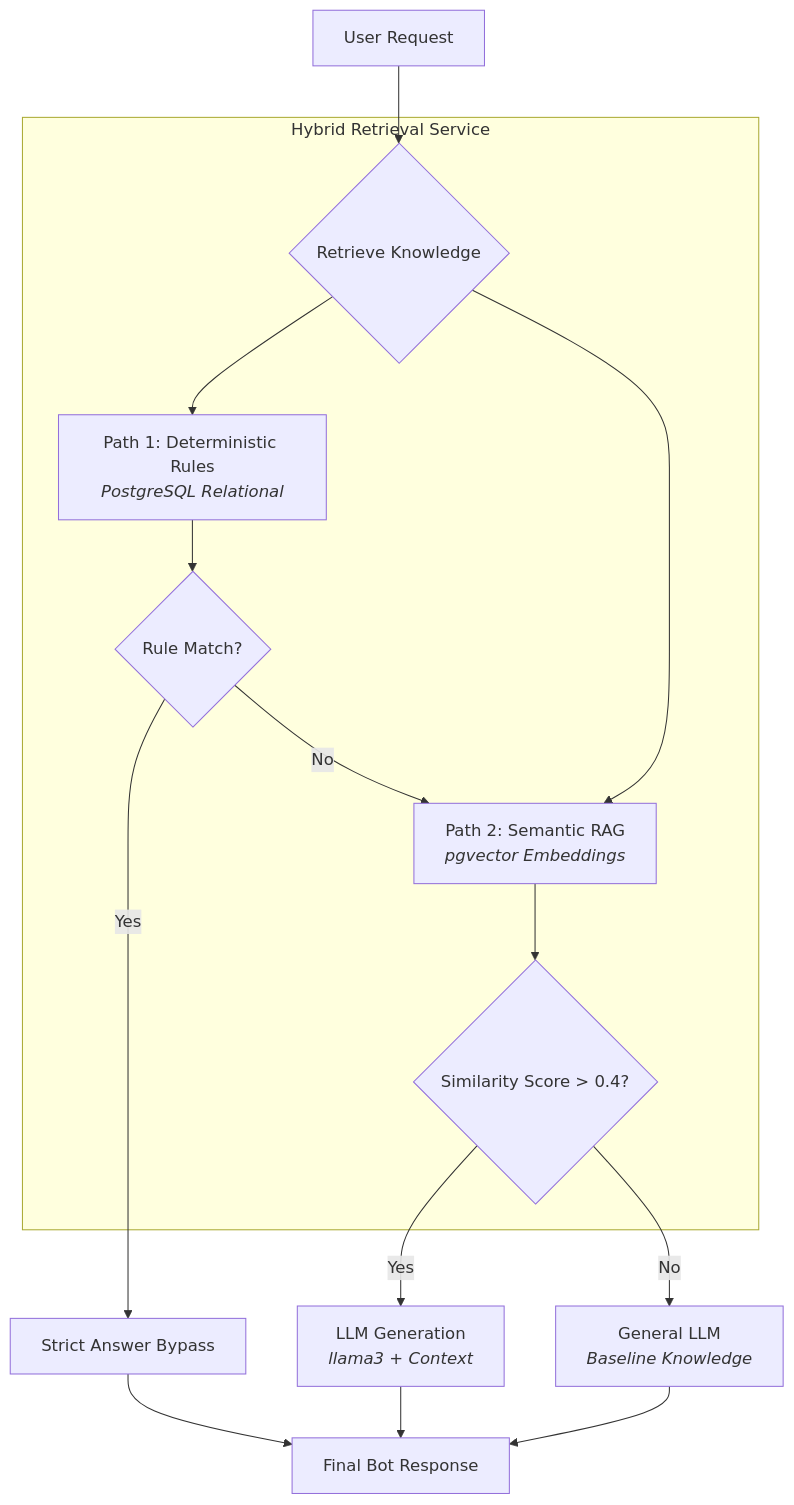
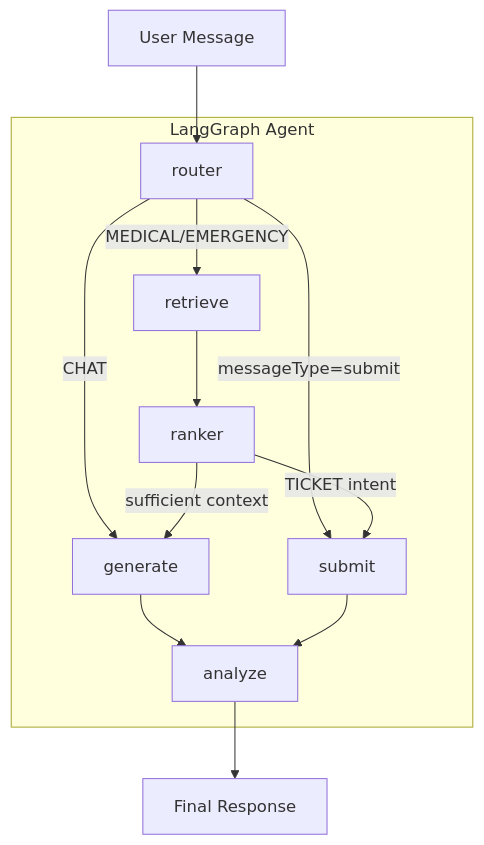
One commit to tienpham93/xcare-server changed the diagram in README.md. Above: the diagram before and after it, drawn with Mermaid. The commit also changed other lines of this file and 27 other files, not shown here.

````diff
--- a/README.md
+++ b/README.md
@@ -117,22 +173,17 @@
 ```mermaid
 graph TD
-    A[User Request] --> B{Retrieve Knowledge}
-    
-    subgraph "Hybrid Retrieval Service"
-        B --> C[Path 1: Deterministic Rules<br/><i>PostgreSQL Relational</i>]
-        B --> D[Path 2: Semantic RAG<br/><i>pgvector Embeddings</i>]
-    
-        C --> E{Rule Match?}
-        D --> F{Similarity Score > 0.4?}
+    A["User Message"] --> B["router"]
+
+    subgraph "LangGraph Agent"
+        B -- "messageType=submit" --> E["submit"]
+        B -- "CHAT" --> D["generate"]
+        B -- "MEDICAL/EMERGENCY" --> C["retrieve"]
+        C --> R["ranker"]
+        R -- "TICKET intent" --> E
+        R -- "sufficient context" --> D
+        D --> F["analyze"]
+        E --> F
     end
-    
-    E -- Yes --> G[Strict Answer Bypass]
-    E -- No --> D
-    
-    F -- Yes --> H[LLM Generation<br/><i>llama3 + Context</i>]
-    F -- No --> J[General LLM<br/><i>Baseline Knowledge</i>]
-    
-    G --> K[Final Bot Response]
-    H --> K
-    J --> K
+
+    F --> G["Final Response"]
 ```
````
